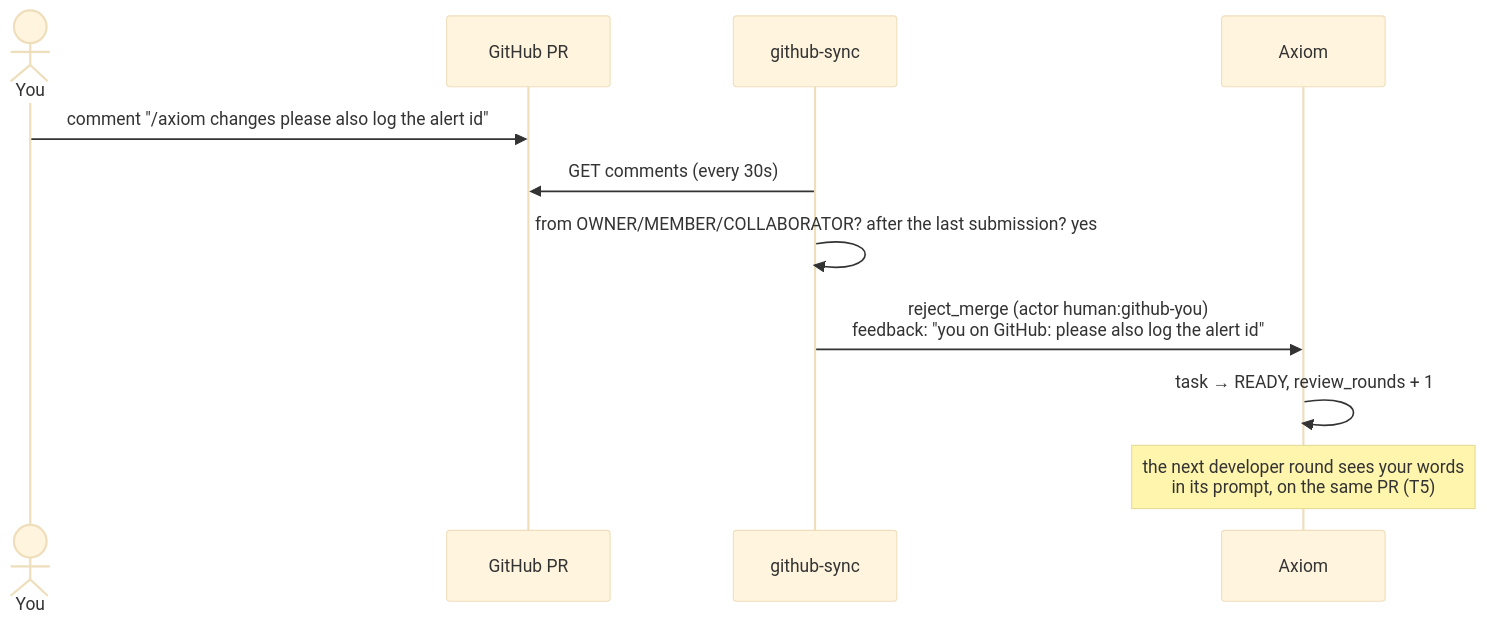
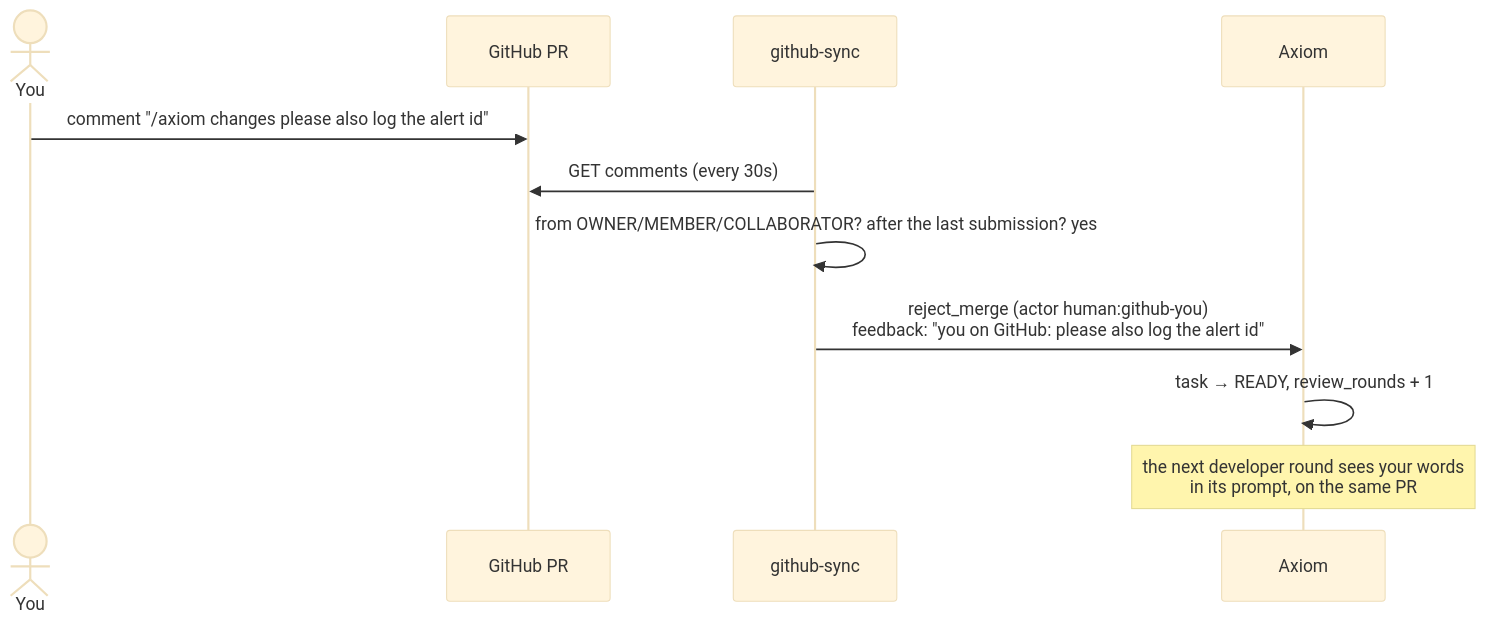
One commit to bharathcmbox/axiom changed diagram 15 of 19 in docs/guide/12-reviews-and-ci.md. Above: the diagram before and after it, drawn with Mermaid (base theme). The commit also changed other lines of this file and 18 other files, not shown here.

````diff
--- a/docs/guide/12-reviews-and-ci.md
+++ b/docs/guide/12-reviews-and-ci.md
@@ -430,13 +429,13 @@
 ```mermaid
 sequenceDiagram
     actor You
     participant GH as GitHub PR #42
     participant Sync as github-sync
     participant A as Axiom
     You->>GH: comment "/axiom changes please also log the alert id"
     Sync->>GH: GET comments (every 30s)
     Sync->>Sync: from OWNER/MEMBER/COLLABORATOR? after the last submission? yes
     Sync->>A: reject_merge (actor human:github-you)<br/>feedback: "you on GitHub: please also log the alert id"
     A->>A: task → READY, review_rounds + 1
-    Note over A: the next developer round sees your words<br/>in its prompt, on the same PR (T5)
+    Note over A: the next developer round sees your words<br/>in its prompt, on the same PR
 ```
````
